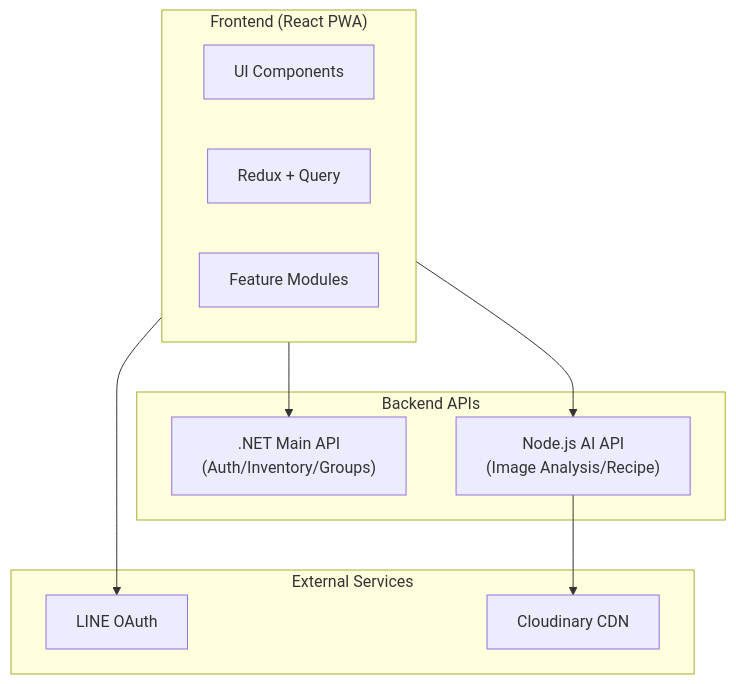
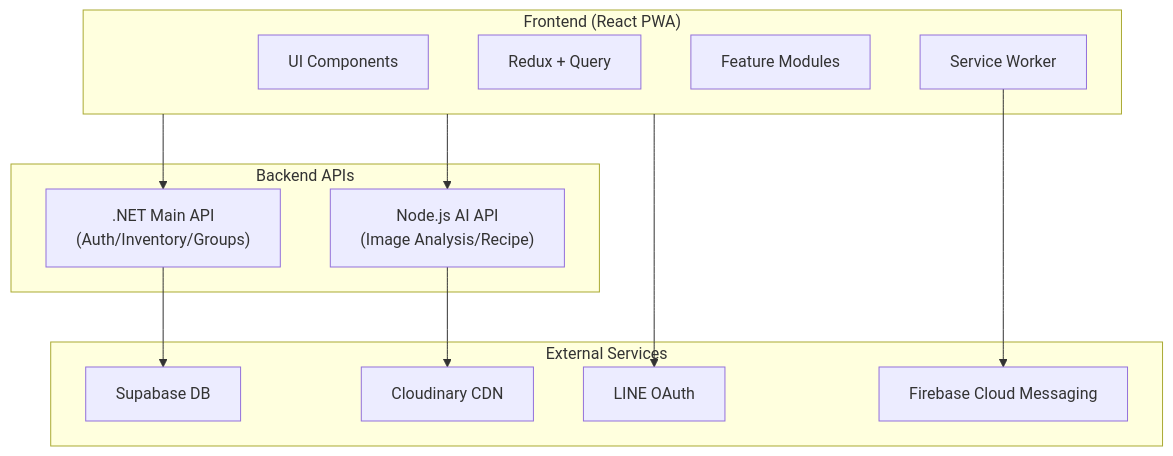
One commit to BakaRickyClariS/fufood changed the diagram in README.md. Above: the diagram before and after it, drawn with Mermaid. The commit also changed other lines of this file, not shown here.

````diff
--- a/README.md
+++ b/README.md
@@ -41,23 +91,28 @@
 ```mermaid
 graph TB
     subgraph Frontend["Frontend (React PWA)"]
         UI[UI Components]
         Store[Redux + Query]
         Modules[Feature Modules]
+        SW[Service Worker]
     end
 
     subgraph Backend["Backend APIs"]
         Main[".NET Main API<br/>(Auth/Inventory/Groups)"]
         AI["Node.js AI API<br/>(Image Analysis/Recipe)"]
     end
 
     subgraph External["External Services"]
         LINE[LINE OAuth]
         Cloudinary[Cloudinary CDN]
+        FCM[Firebase Cloud Messaging]
+        Supabase[Supabase DB]
     end
 
     Frontend --> Main
     Frontend --> AI
     Frontend --> LINE
     AI --> Cloudinary
+    Main --> Supabase
+    SW --> FCM
 ```
````
